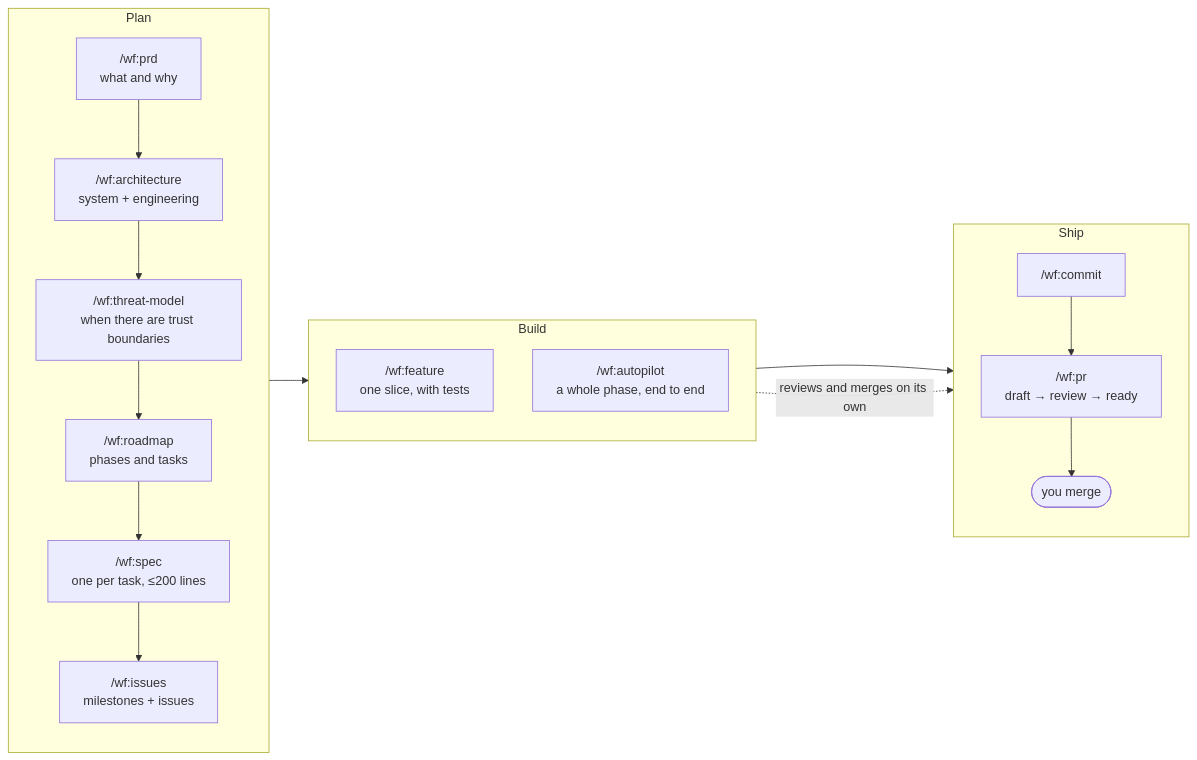
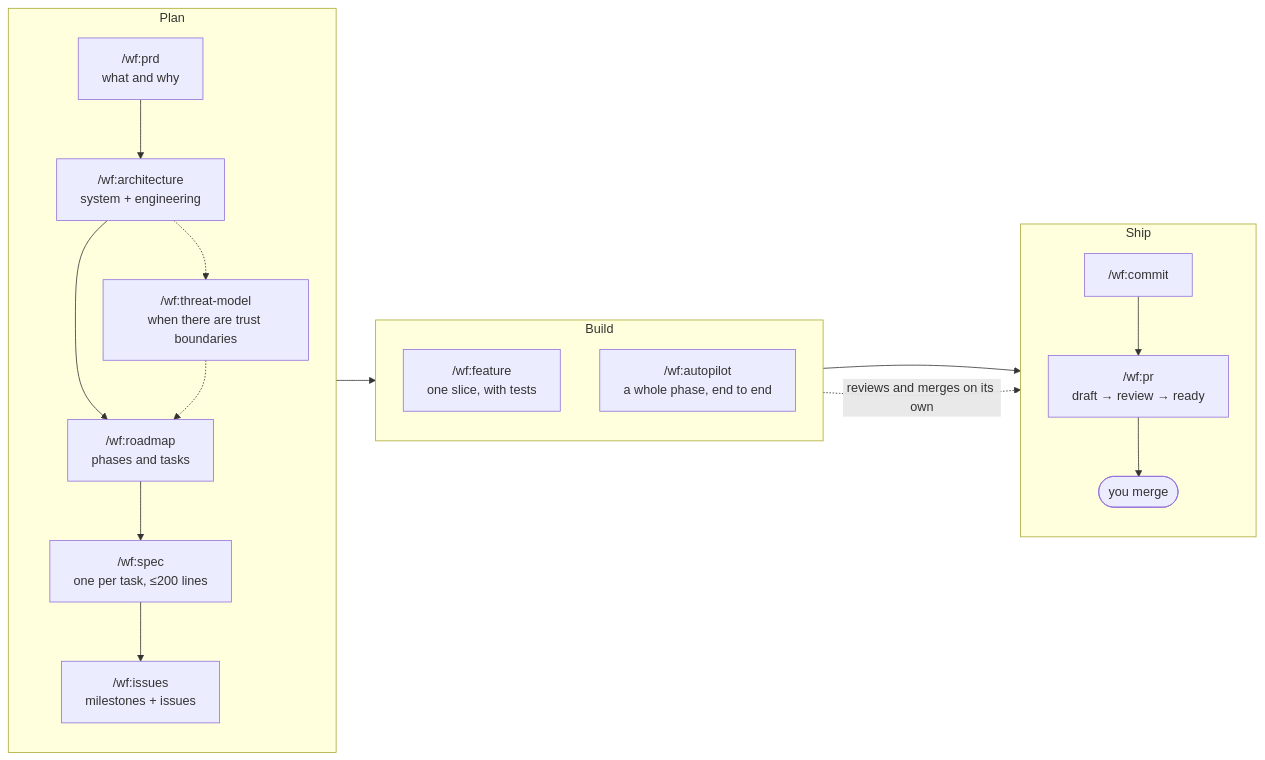
Before and after one commit to 0xrafasec/ai-workflow: the diagram in README.md, drawn with Mermaid. The commit also changed other lines of this file, not shown here.

````diff
--- a/README.md
+++ b/README.md
@@ -63,24 +63,25 @@
 ```mermaid
 flowchart LR
     subgraph Plan
         direction TB
         PRD["/wf:prd<br/>what and why"] --> ARCH["/wf:architecture<br/>system + engineering"]
-        ARCH --> TM["/wf:threat-model<br/>when there are trust boundaries"]
-        TM --> ROAD["/wf:roadmap<br/>phases and tasks"]
+        ARCH --> ROAD
+        ARCH -.-> TM["/wf:threat-model<br/>when there are trust boundaries"]
+        TM -.-> ROAD["/wf:roadmap<br/>phases and tasks"]
         ROAD --> SPEC["/wf:spec<br/>one per task, ≤200 lines"]
         SPEC --> ISS["/wf:issues<br/>milestones + issues"]
     end
     subgraph Build
         direction TB
         FEAT["/wf:feature<br/>one slice, with tests"]
         AUTO["/wf:autopilot<br/>a whole phase, end to end"]
     end
     subgraph Ship
         direction TB
         COMMIT["/wf:commit"] --> PR["/wf:pr<br/>draft → review → ready"]
         PR --> MERGE(["you merge"])
     end
     Plan --> Build
     FEAT --> COMMIT
     AUTO -. "reviews and merges on its own" .-> MERGE
 ```
````
